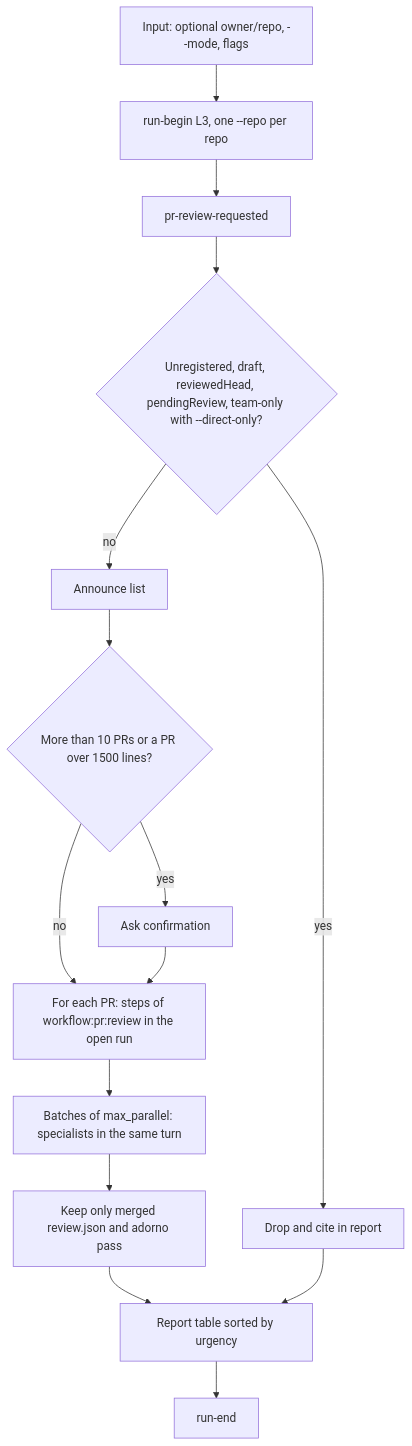
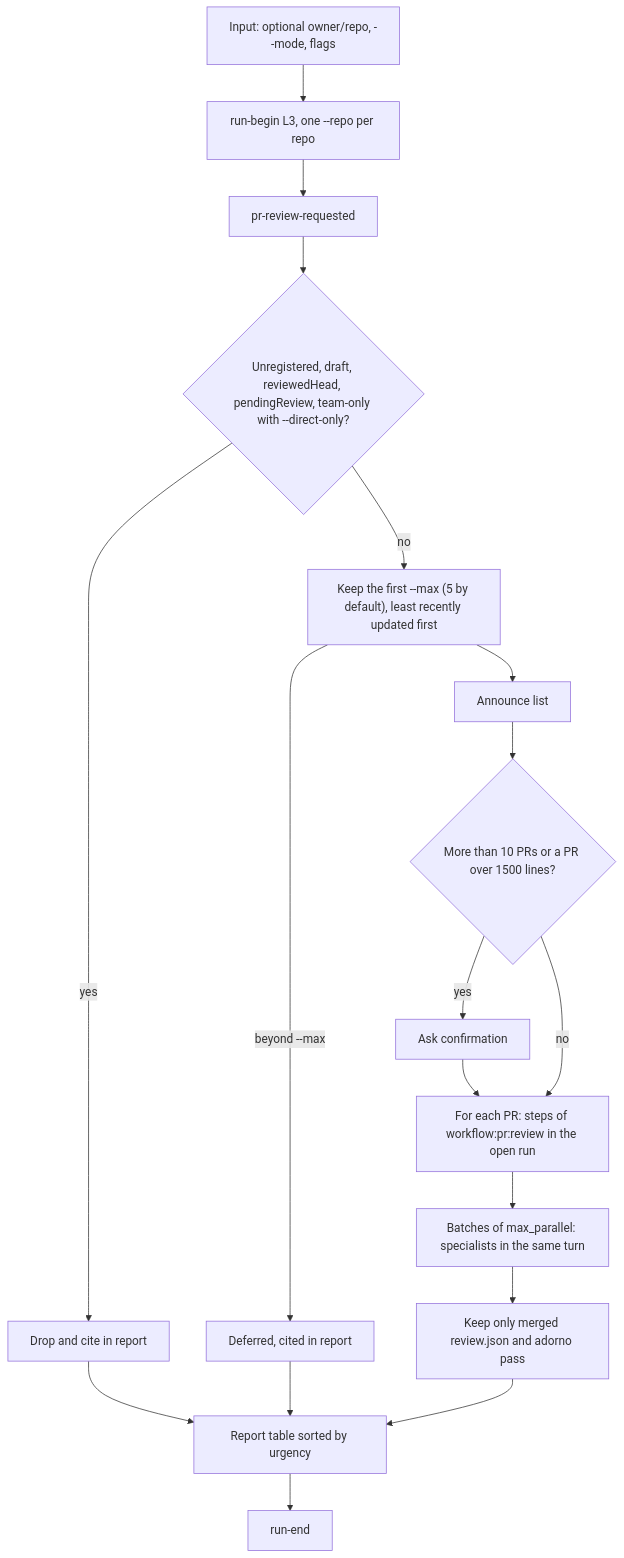
The second of 2 diagrams in src/workflows/review/SCHEMA.md (nicolasmondain/adorno), drawn with Mermaid before and after one commit. The commit also changed 5 other files, not shown here.

````diff
--- a/src/workflows/review/SCHEMA.md
+++ b/src/workflows/review/SCHEMA.md
@@ -30,17 +30,20 @@
 ```mermaid
 flowchart TD
   A["Input: optional owner/repo, --mode, flags"] --> B["run-begin L3, one --repo per repo"]
   B --> C["pr-review-requested"]
   C --> D{"Unregistered, draft, reviewedHead, pendingReview, team-only with --direct-only?"}
   D -->|"yes"| E["Drop and cite in report"]
-  D -->|"no"| F["Announce list"]
+  D -->|"no"| X["Keep the first --max (5 by default), least recently updated first"]
+  X -->|"beyond --max"| Y["Deferred, cited in report"]
+  X --> F["Announce list"]
   F --> G{"More than 10 PRs or a PR over 1500 lines?"}
   G -->|"yes"| H["Ask confirmation"]
   G -->|"no"| I["For each PR: steps of workflow:pr:review in the open run"]
   H --> I
   I --> J["Batches of max_parallel: specialists in the same turn"]
   J --> K["Keep only merged review.json and adorno pass"]
   K --> L["Report table sorted by urgency"]
   E --> L
+  Y --> L
   L --> M["run-end"]
 ```
````
